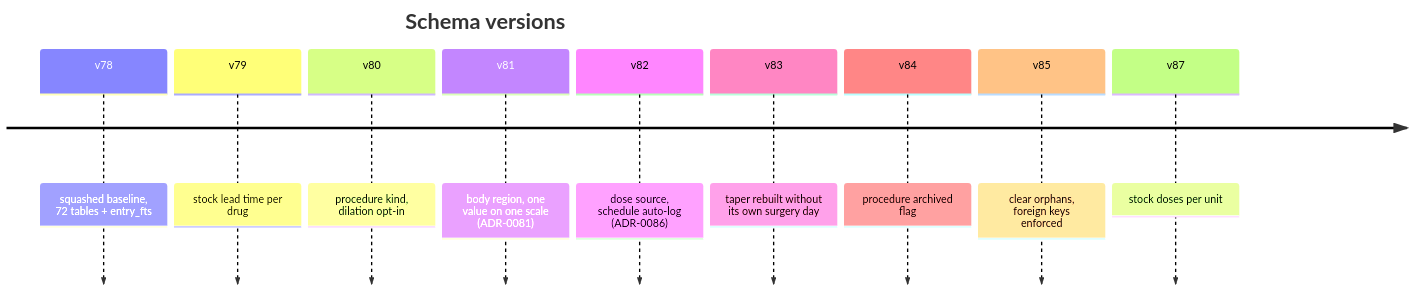
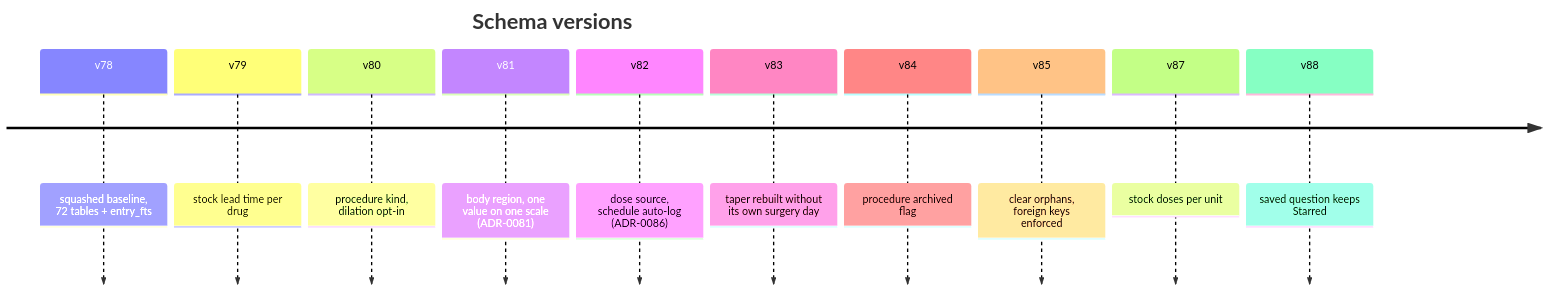
The fourth of 24 diagrams in docs/architecture.md (engender-app/engender), drawn with Mermaid before and after one commit. The commit also changed 2 other files, not shown here.

Commit message:
List Starred in a saved question's criteria
The criteria list on a saved question named the query, tags, moods,
dates, "Has note" and "Has photo", and had no line for Starred, so a
question saved with it on looked the same as one saved without it. It
now ends with "Starred" ("Ulubione"), the label the Filters sheet
already uses, when the question keeps that filter.

The browser check that reopens a saved question now stores Starred too
and waits for its line; it timed out on the previous commit's screen.
The architecture doc's schema timeline gains v88.

````diff
--- a/docs/architecture.md
+++ b/docs/architecture.md
@@ -263,13 +263,14 @@
 ```mermaid
 timeline
   title Schema versions
   v78 : squashed baseline, 72 tables + entry_fts
   v79 : stock lead time per drug
   v80 : procedure kind, dilation opt-in
   v81 : body region, one value on one scale (ADR-0081)
   v82 : dose source, schedule auto-log (ADR-0086)
   v83 : taper rebuilt without its own surgery day
   v84 : procedure archived flag
   v85 : clear orphans, foreign keys enforced
   v87 : stock doses per unit
+  v88 : saved question keeps Starred
 ```
````
